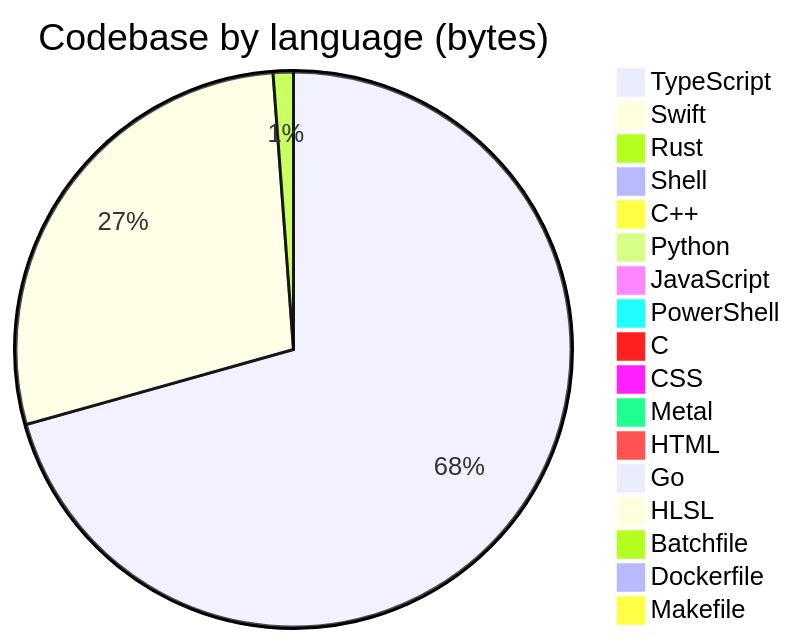
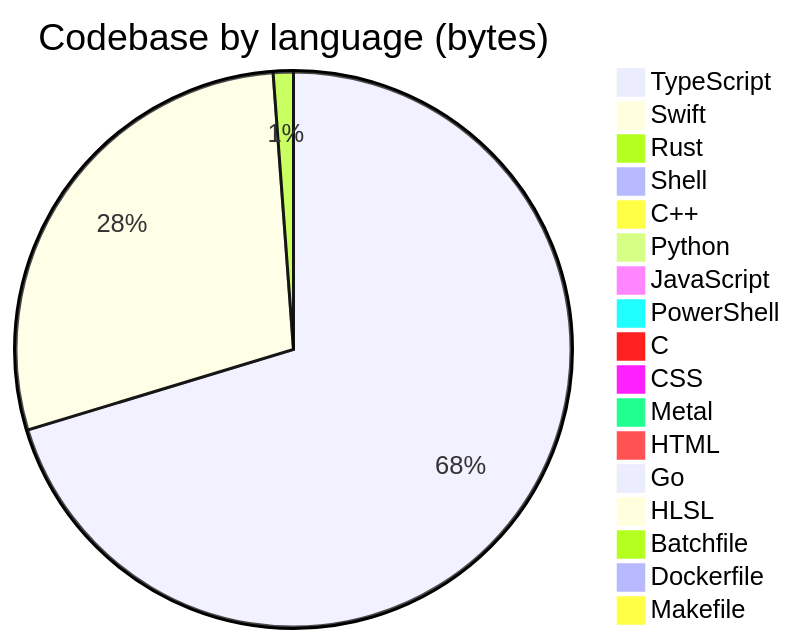
The diagram in profile/README.md (Open330/.github), drawn with Mermaid before and after one commit. The commit also changed other lines of this file, not shown here.

````diff
--- a/profile/README.md
+++ b/profile/README.md
@@ -125,20 +125,20 @@
 ```mermaid
 pie title Codebase by language (bytes)
-    "TypeScript" : 33856560
-    "Swift" : 13503406
+    "TypeScript" : 33872801
+    "Swift" : 13730665
     "Rust" : 564235
     "Shell" : 439422
     "C++" : 388775
     "Python" : 294503
     "JavaScript" : 197901
     "PowerShell" : 128198
     "C" : 114143
-    "CSS" : 71809
+    "CSS" : 73091
     "Metal" : 33033
     "HTML" : 31957
     "Go" : 22811
     "HLSL" : 7527
     "Batchfile" : 5870
     "Dockerfile" : 4893
     "Makefile" : 1150
 ```
````
